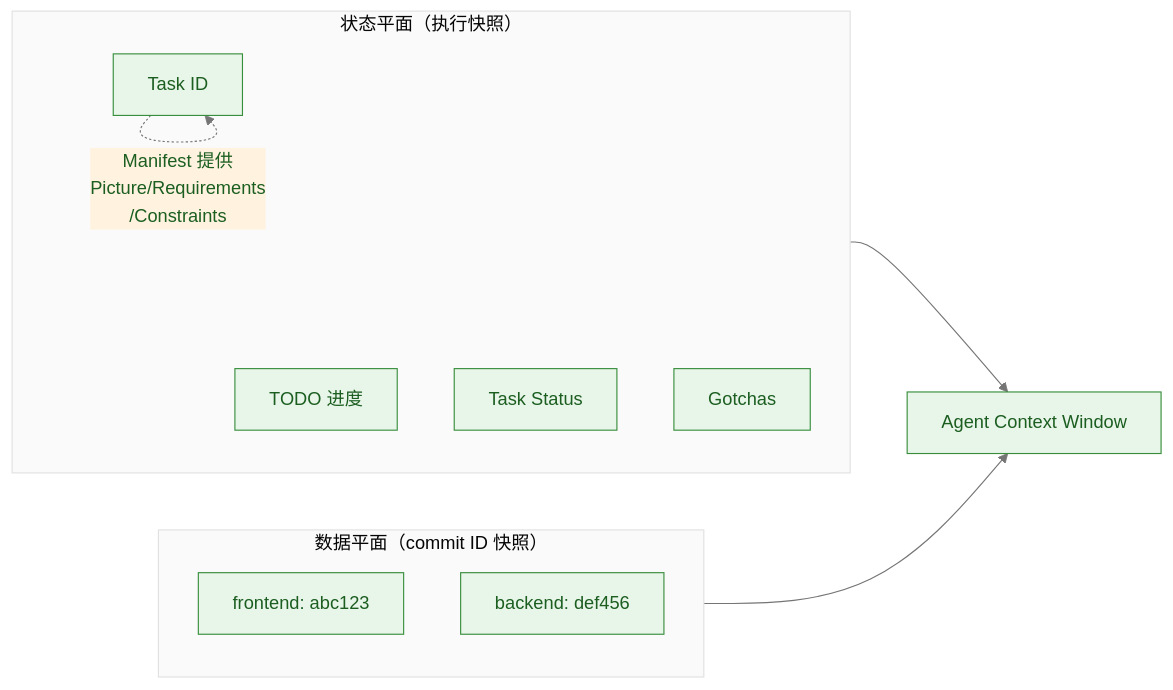
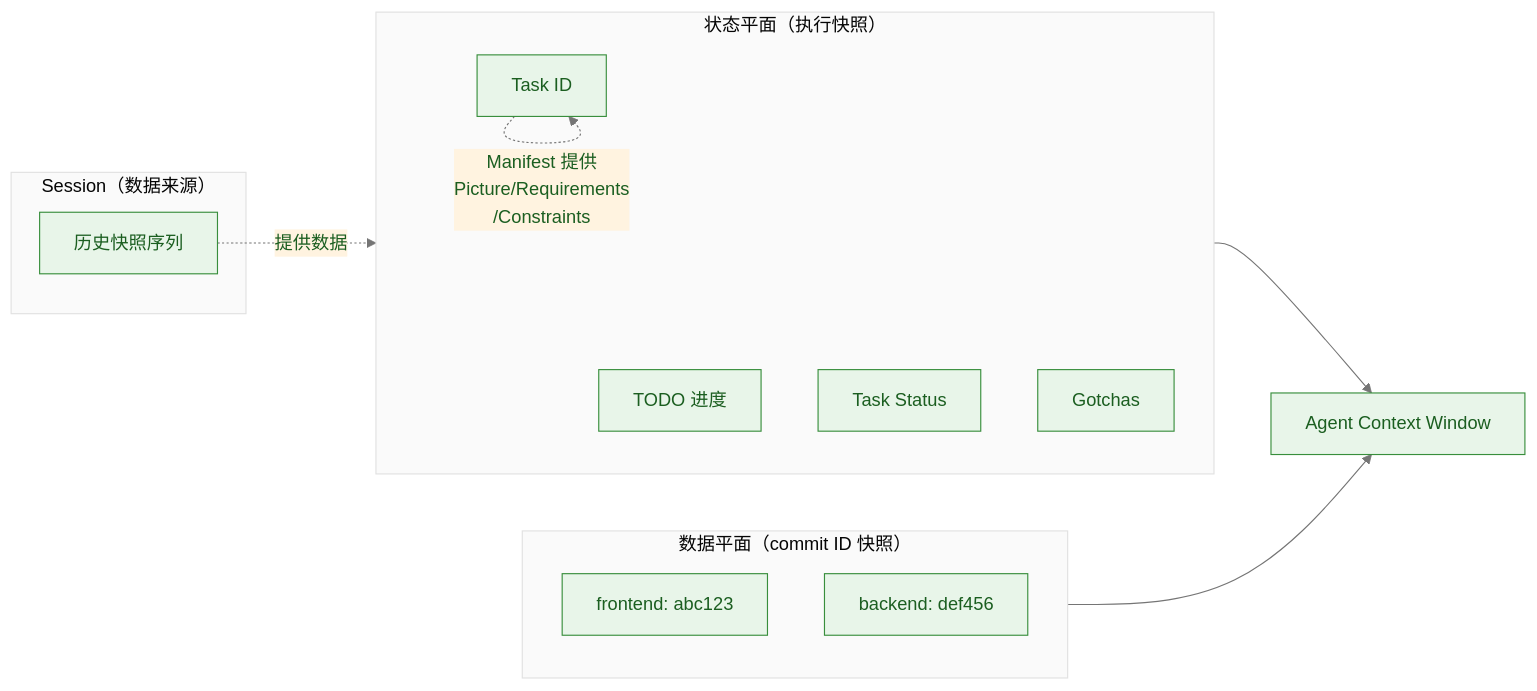
The third of 4 diagrams in docs/spec.md (Lazyn0tBug/mem0ress), drawn with Mermaid before and after one commit. The commit also changed other lines of this file and 1 other file, not shown here.

````diff
--- a/docs/spec.md
+++ b/docs/spec.md
@@ -214,20 +215,25 @@
 ```mermaid
-%% label：认知切片分离
+%% label：状态平面与数据平面的构成
 %%{ init: { 'theme': 'base', 'themeVariables': { 'primaryColor': '#e8f5e9', 'primaryTextColor': '#1b5e20', 'primaryBorderColor': '#388e3c', 'lineColor': '#757575', 'secondaryColor': '#fff3e0', 'tertiaryColor': '#fafafa' } } }%%
 graph LR
     subgraph SP_Group["状态平面（执行快照）"]
         TID["Task ID"]
         TODO["TODO 进度"]
         STS["Task Status"]
         GTA["Gotchas"]
     end
 
     subgraph DP_Group["数据平面（commit ID 快照）"]
         REPOA["frontend: abc123"]
         REPOB["backend: def456"]
     end
 
+    subgraph SESSION_Group["Session（数据来源）"]
+        HIST["历史快照序列"]
+    end
+
     SP_Group --> AC["Agent Context Window"]
     DP_Group --> AC
+    HIST -.->|提供数据| SP_Group
     TID -.->|Manifest 提供<br>Picture/Requirements<br>/Constraints| TID
 ```
````
